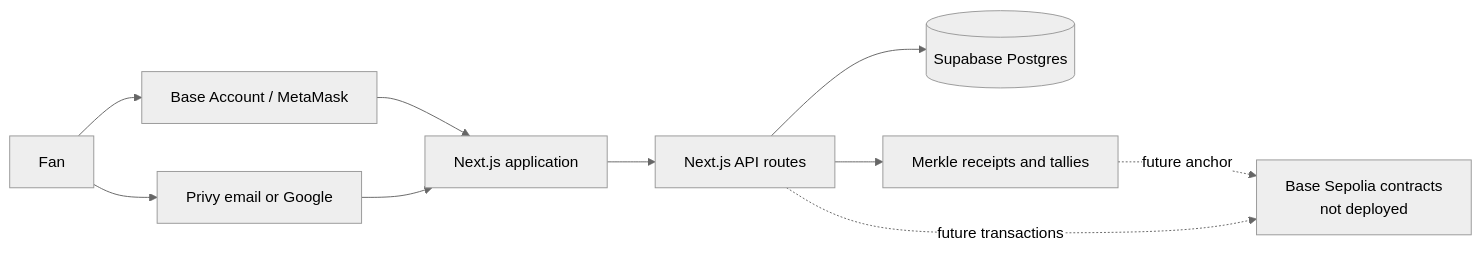
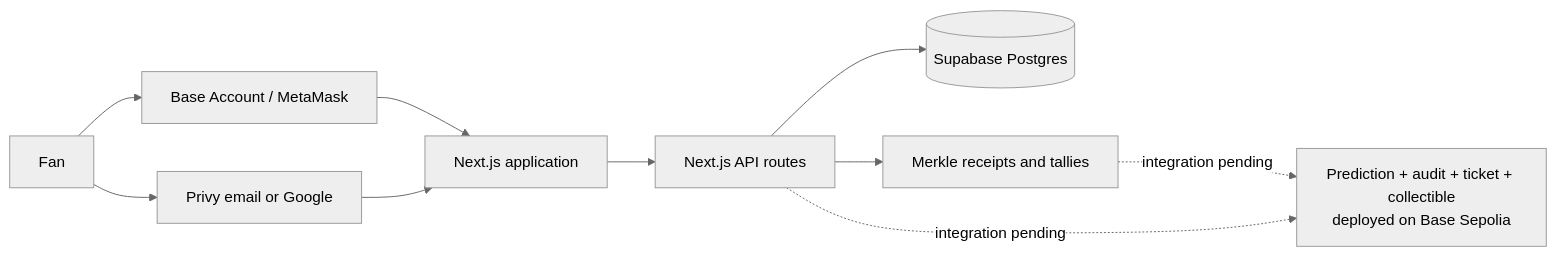
The diagram in README.md (MikenISATU/CrownFi-App), drawn with Mermaid (neutral theme) before and after one commit. The commit also changed other lines of this file and 38 other files, not shown here.

Commit message:
feat: migrate CrownFi testnet contracts to Base

````diff
--- a/README.md
+++ b/README.md
@@ -65,21 +65,21 @@
 ```mermaid
 flowchart LR
   Fan[Fan]
   Wallet[Base Account / MetaMask]
   Privy[Privy email or Google]
   Web[Next.js application]
   API[Next.js API routes]
   DB[(Supabase Postgres)]
   Proofs[Merkle receipts and tallies]
-  BaseContracts[Base Sepolia contracts<br/>not deployed]
+  BaseContracts[Prediction + audit + ticket + collectible<br/>deployed on Base Sepolia]
 
   Fan --> Wallet
   Fan --> Privy
   Wallet --> Web
   Privy --> Web
   Web --> API
   API --> DB
   API --> Proofs
-  Proofs -. future anchor .-> BaseContracts
-  API -. future transactions .-> BaseContracts
+  Proofs -. integration pending .-> BaseContracts
+  API -. integration pending .-> BaseContracts
 ```
````
